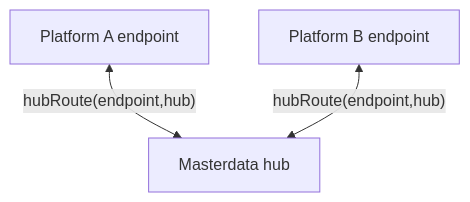
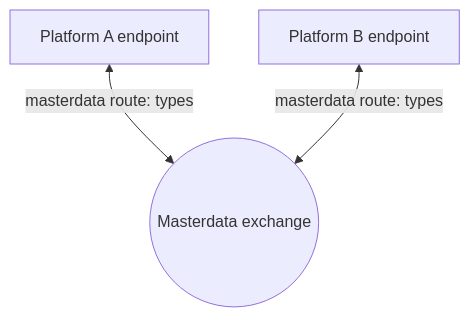
Before and after one commit to DKE-Data/masterdata-sync-working-group: the diagram in architecture/04-routing.md, drawn with Mermaid. The commit also changed other lines of this file and 8 other files, not shown here.

````diff
--- a/architecture/04-routing.md
+++ b/architecture/04-routing.md
@@ -24,10 +24,8 @@
 ```mermaid
 flowchart TB
     Aplatform["Platform A endpoint"]
     Bplatform["Platform B endpoint"]
-    MasterdataHub["Masterdata hub"]
-    Aplatform <-->|"hubRoute(endpoint,hub)"| MasterdataHub
-    Bplatform <-->|"hubRoute(endpoint,hub)"| MasterdataHub
-    %% ceasg:{"id":"hr01a8qx"} %%
-    %% mermaid-flow:pos Aplatform=102,59 Bplatform=389,62 MasterdataHub=239,-97
+    Masterdata(("Masterdata exchange"))
+    Aplatform <-->|"masterdata route: types"| Masterdata
+    Bplatform <-->|"masterdata route: types"| Masterdata
 ```
````
